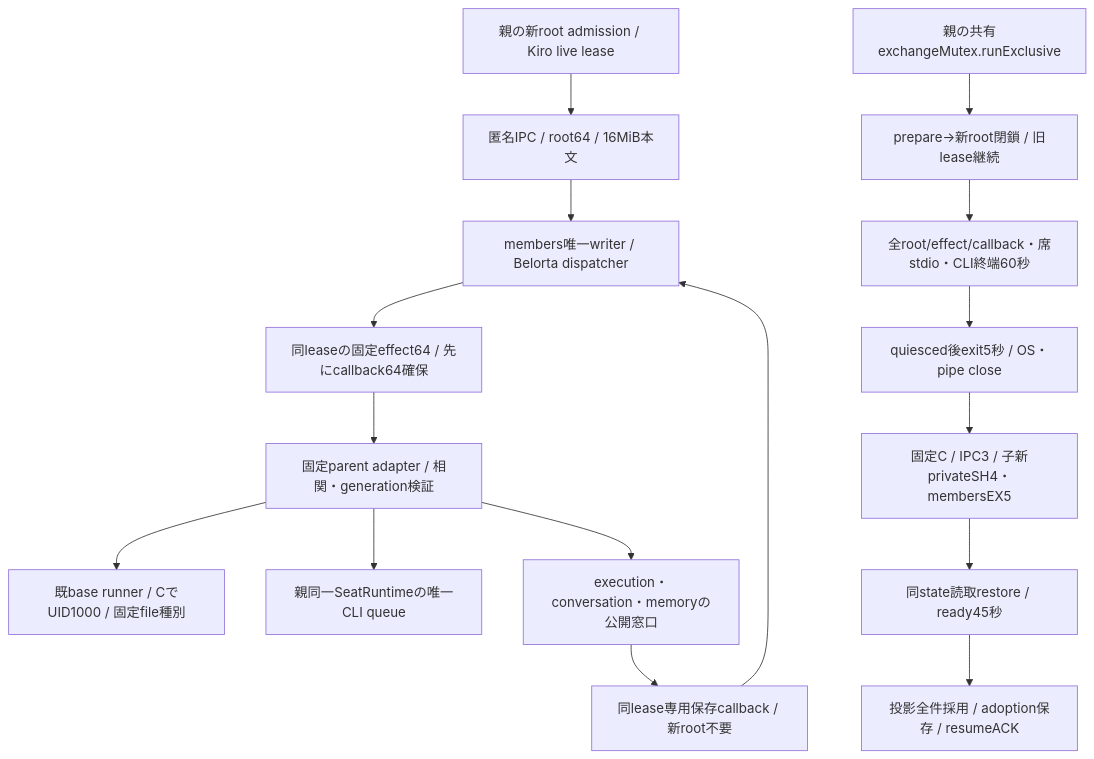
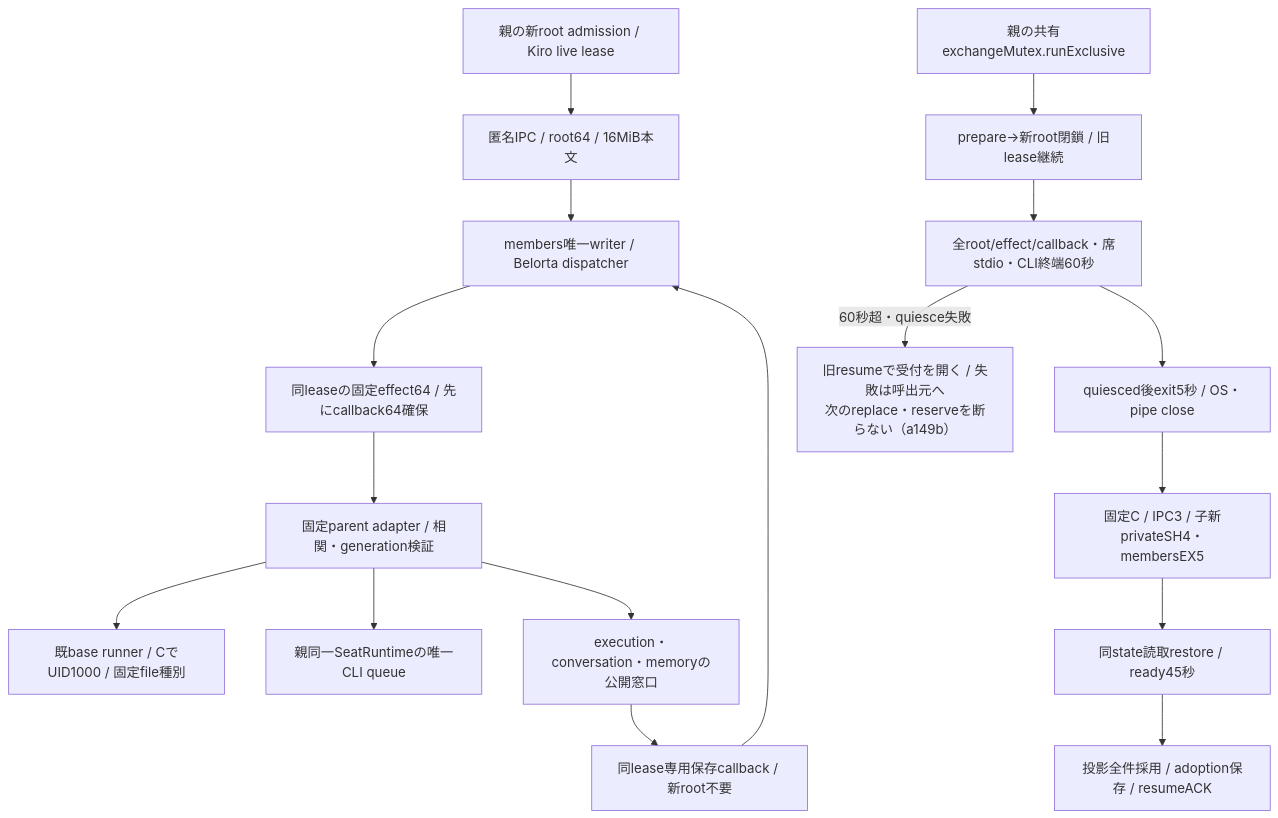
The first of 2 diagrams in docs/architecture/modules/runtime/members-process.md (kitepon/BellTeam), drawn with Mermaid before and after one commit. The commit also changed other lines of this file and 2 other files, not shown here.

````diff
--- a/docs/architecture/modules/runtime/members-process.md
+++ b/docs/architecture/modules/runtime/members-process.md
@@ -7,18 +7,19 @@
 ```mermaid
 flowchart TD
   Root[親の新root admission / Kiro live lease] --> Channel[匿名IPC / root64 / 16MiB本文]
   Channel --> Child[members唯一writer / Belorta dispatcher]
   Child --> Effect[同leaseの固定effect64 / 先にcallback64確保]
   Effect --> Parent[固定parent adapter / 相関・generation検証]
   Parent --> Seat[既base runner / CでUID1000 / 固定file種別]
   Parent --> CLI[親同一SeatRuntimeの唯一CLI queue]
   Parent --> External[execution・conversation・memoryの公開窓口]
   External --> Callback[同lease専用保存callback / 新root不要]
   Callback --> Child
   Control[prepare→新root閉鎖 / 旧lease継続] --> Drain[全root/effect/callback・席stdio・CLI終端60秒]
   Mutex[親の共有exchangeMutex.runExclusive] --> Control
   Drain --> Exit[quiesced後exit5秒 / OS・pipe close]
+  Drain -->|"60秒超・quiesce失敗"| Back[旧resumeで受付を開く / 失敗は呼出元へ<br/>次のreplace・reserveを断らない（a149b）]
   Exit --> C[固定C / IPC3 / 子新privateSH4・membersEX5]
   C --> Restore[同state読取restore / ready45秒]
   Restore --> Adopt[投影全件採用 / adoption保存 / resumeACK]
 ```
````
